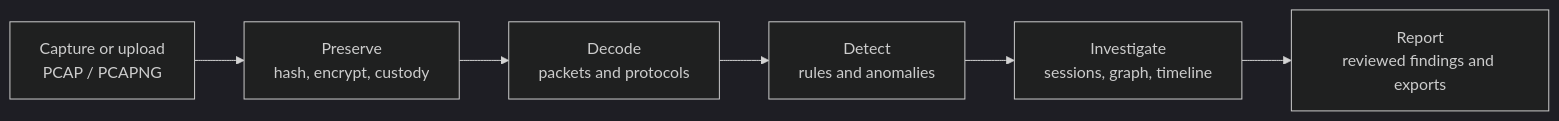
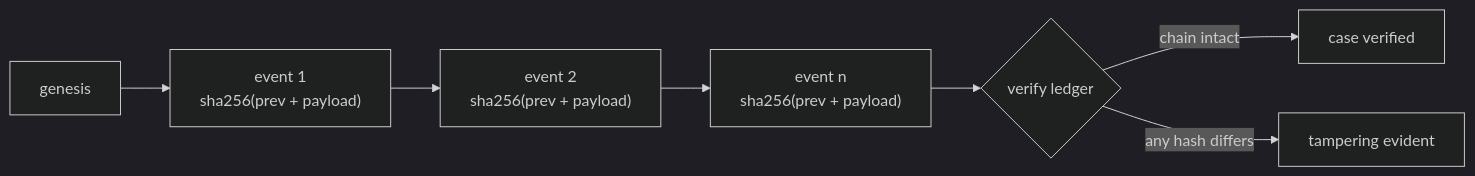
The third of 4 diagrams in README.md (krishna0605/Netra), drawn with Mermaid (dark theme) before and after one commit. The commit also changed other lines of this file and 6 other files, not shown here.

````diff
--- a/README.md
+++ b/README.md
@@ -20,11 +222,9 @@
 ```mermaid
 flowchart LR
-    CAPTURE["Capture or upload<br/>PCAP / PCAPNG"]
-    PRESERVE["Preserve<br/>hash, encrypt, custody"]
-    DECODE["Decode<br/>packets and protocols"]
-    DETECT["Detect<br/>rules and anomalies"]
-    INVESTIGATE["Investigate<br/>sessions, graph, timeline"]
-    REPORT["Report<br/>reviewed findings and exports"]
-
-    CAPTURE --> PRESERVE --> DECODE --> DETECT --> INVESTIGATE --> REPORT
+    G["genesis"] --> E1["event 1<br/>sha256(prev + payload)"]
+    E1 --> E2["event 2<br/>sha256(prev + payload)"]
+    E2 --> E3["event n<br/>sha256(prev + payload)"]
+    E3 --> V{"verify ledger"}
+    V -->|"chain intact"| OK["case verified"]
+    V -->|"any hash differs"| BAD["tampering evident"]
 ```
````
